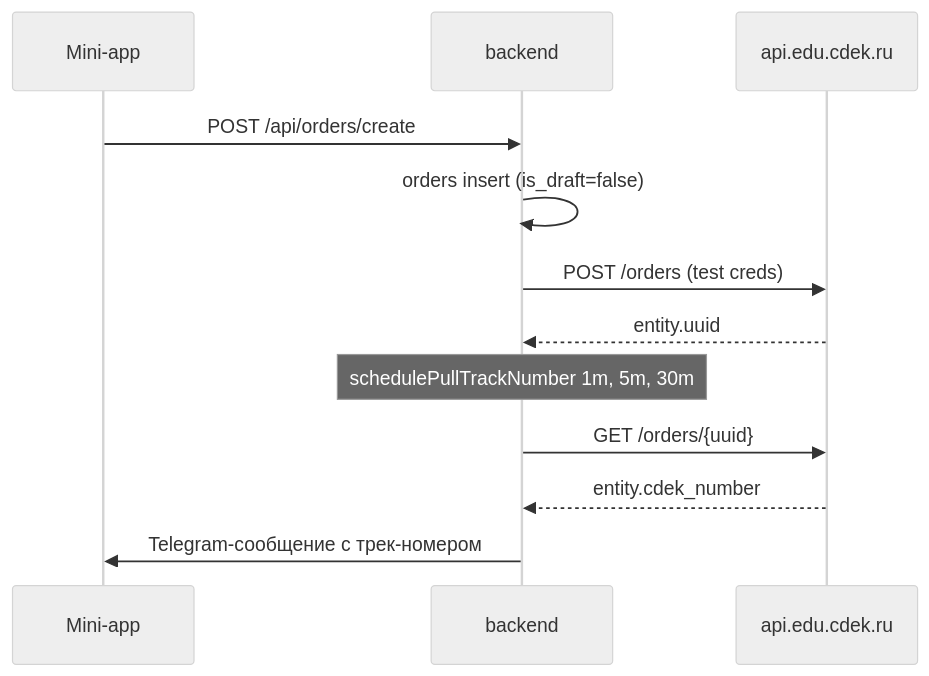
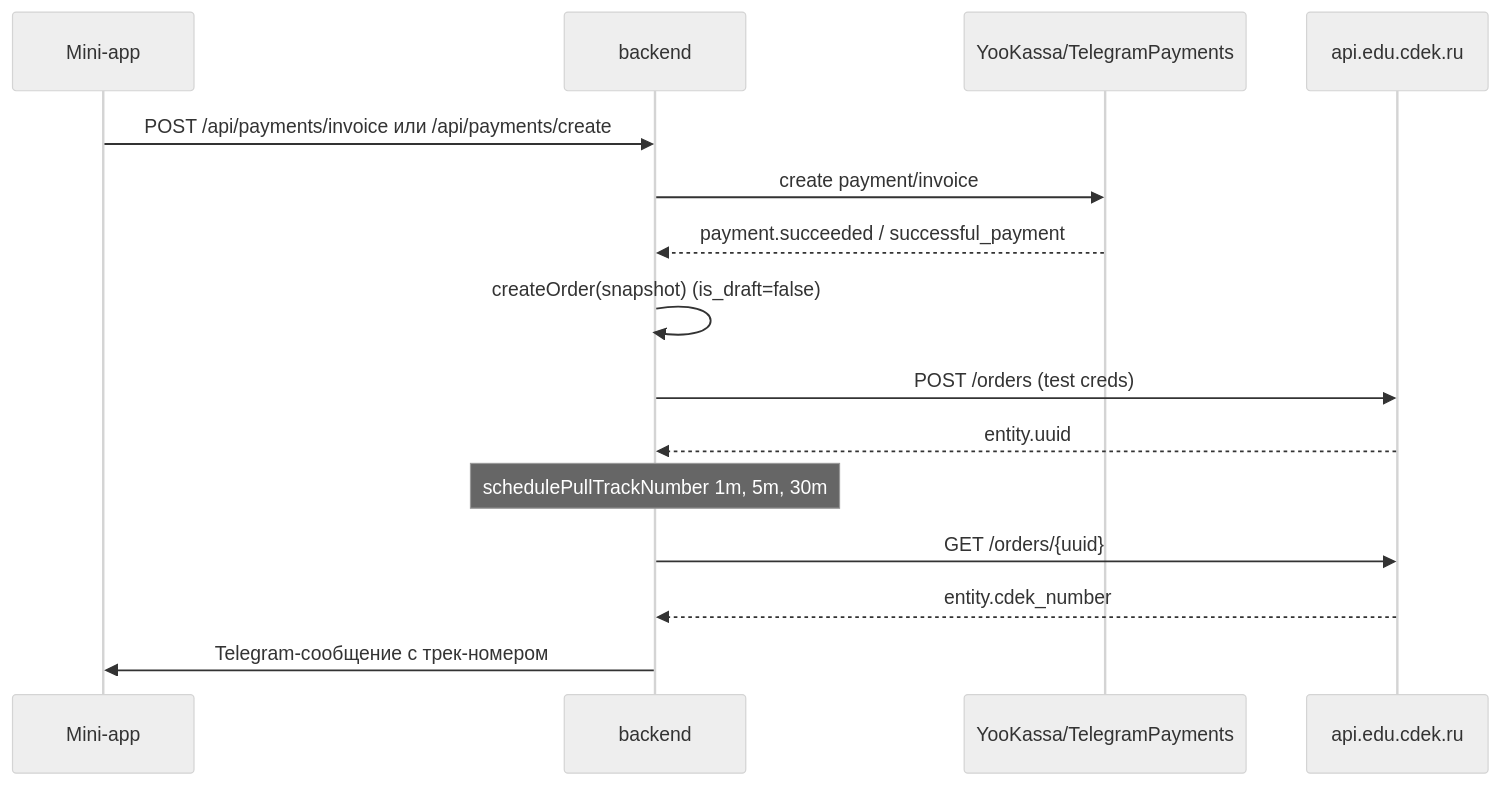
The diagram in README.md (VasiliiLbyte/muru-backend-local), drawn with Mermaid (neutral theme) before and after one commit. The commit also changed other lines of this file and 2 other files, not shown here.

First line of the commit message:
fix(frontend): remove dead createOrder path; align README with payment flow

````diff
--- a/README.md
+++ b/README.md
@@ -111,15 +113,18 @@
 ```mermaid
 sequenceDiagram
   participant U as Mini-app
   participant API as backend
+  participant YK as YooKassa/TelegramPayments
   participant CDEK as api.edu.cdek.ru
 
-  U->>API: POST /api/orders/create
-  API->>API: orders insert (is_draft=false)
+  U->>API: POST /api/payments/invoice или /api/payments/create
+  API->>YK: create payment/invoice
+  YK-->>API: payment.succeeded / successful_payment
+  API->>API: createOrder(snapshot) (is_draft=false)
   API->>CDEK: POST /orders (test creds)
   CDEK-->>API: entity.uuid
   Note over API: schedulePullTrackNumber 1m, 5m, 30m
   API->>CDEK: GET /orders/{uuid}
   CDEK-->>API: entity.cdek_number
   API->>U: Telegram-сообщение с трек-номером
 ```
````
